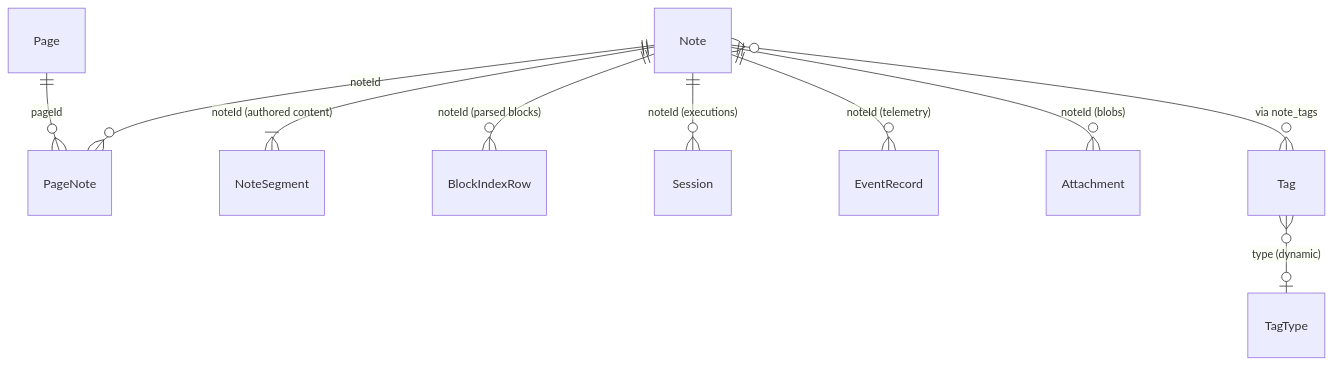
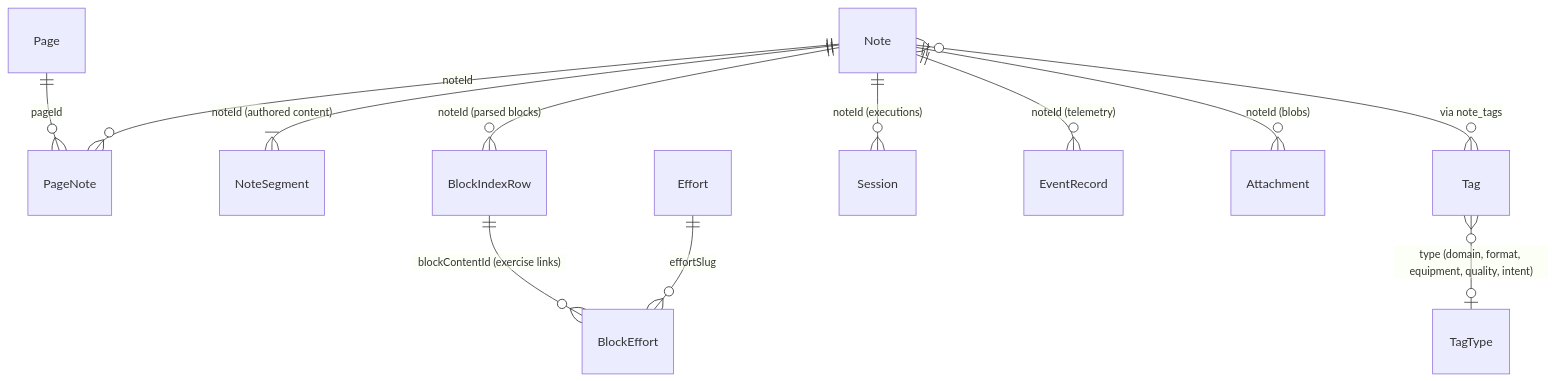
One commit to SergeiGolos/wod-wiki changed the diagram in docs/prototypes/Note-Page-WQL-Alignment.md. Above: the diagram before and after it, drawn with Mermaid. The commit also changed other lines of this file and 3 other files, not shown here.

First line of the commit message:
Refactor WQL Domain Query Composition and Frontmatter Tag Architecture

````diff
--- a/docs/prototypes/Note-Page-WQL-Alignment.md
+++ b/docs/prototypes/Note-Page-WQL-Alignment.md
@@ -38,12 +38,14 @@
 ```mermaid
 erDiagram
     Page ||--o{ PageNote : "pageId"
     Note ||--o{ PageNote : "noteId"
     Note ||--|{ NoteSegment : "noteId (authored content)"
     Note ||--o{ BlockIndexRow : "noteId (parsed blocks)"
+    BlockIndexRow ||--o{ BlockEffort : "blockContentId (exercise links)"
+    Effort ||--o{ BlockEffort : "effortSlug"
     Note ||--o{ Session : "noteId (executions)"
     Note ||--o{ EventRecord : "noteId (telemetry)"
     Note ||--o{ Attachment : "noteId (blobs)"
     Note }o--o{ Tag : "via note_tags"
-    Tag }o--o| TagType : "type (dynamic)"
+    Tag }o--o| TagType : "type (domain, format, equipment, quality, intent)"
 ```
````
